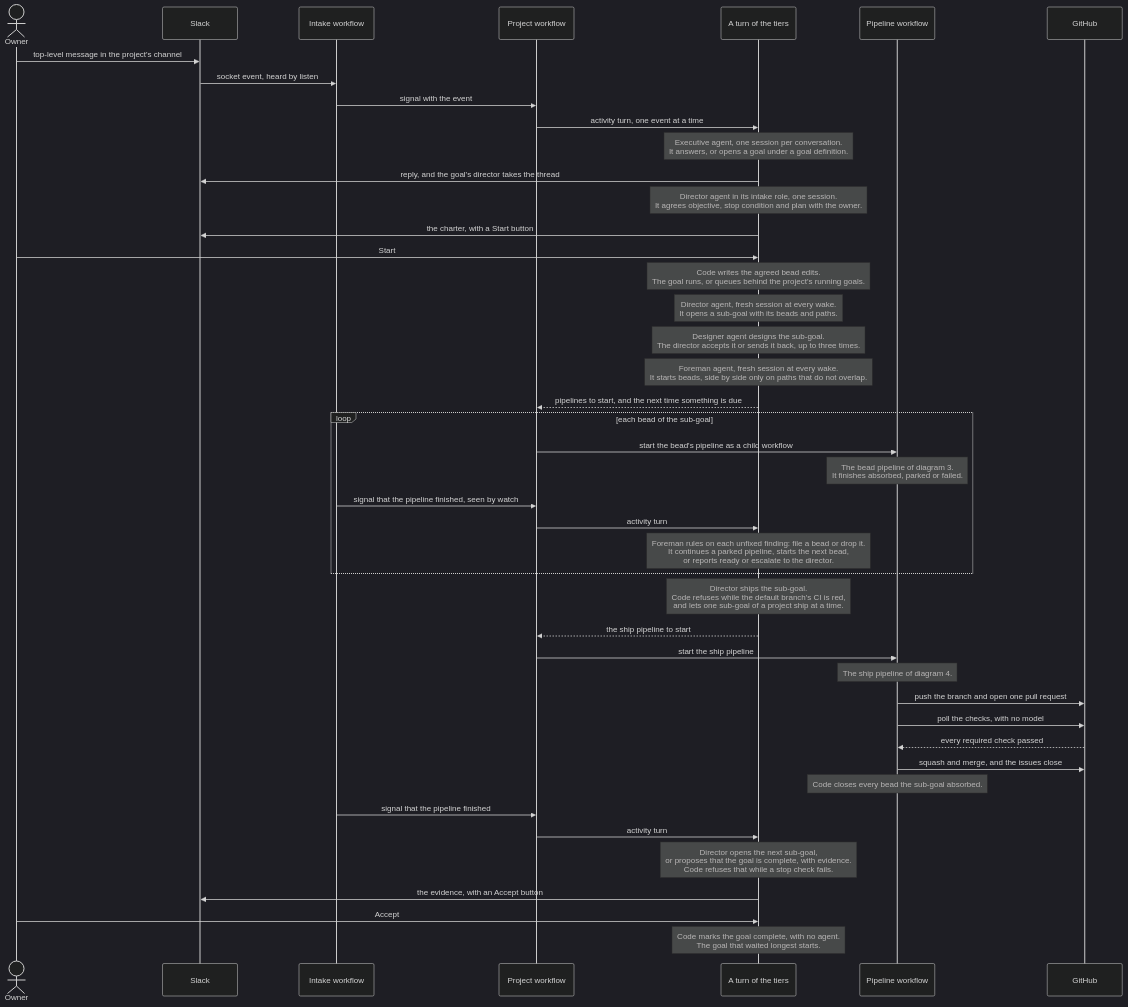
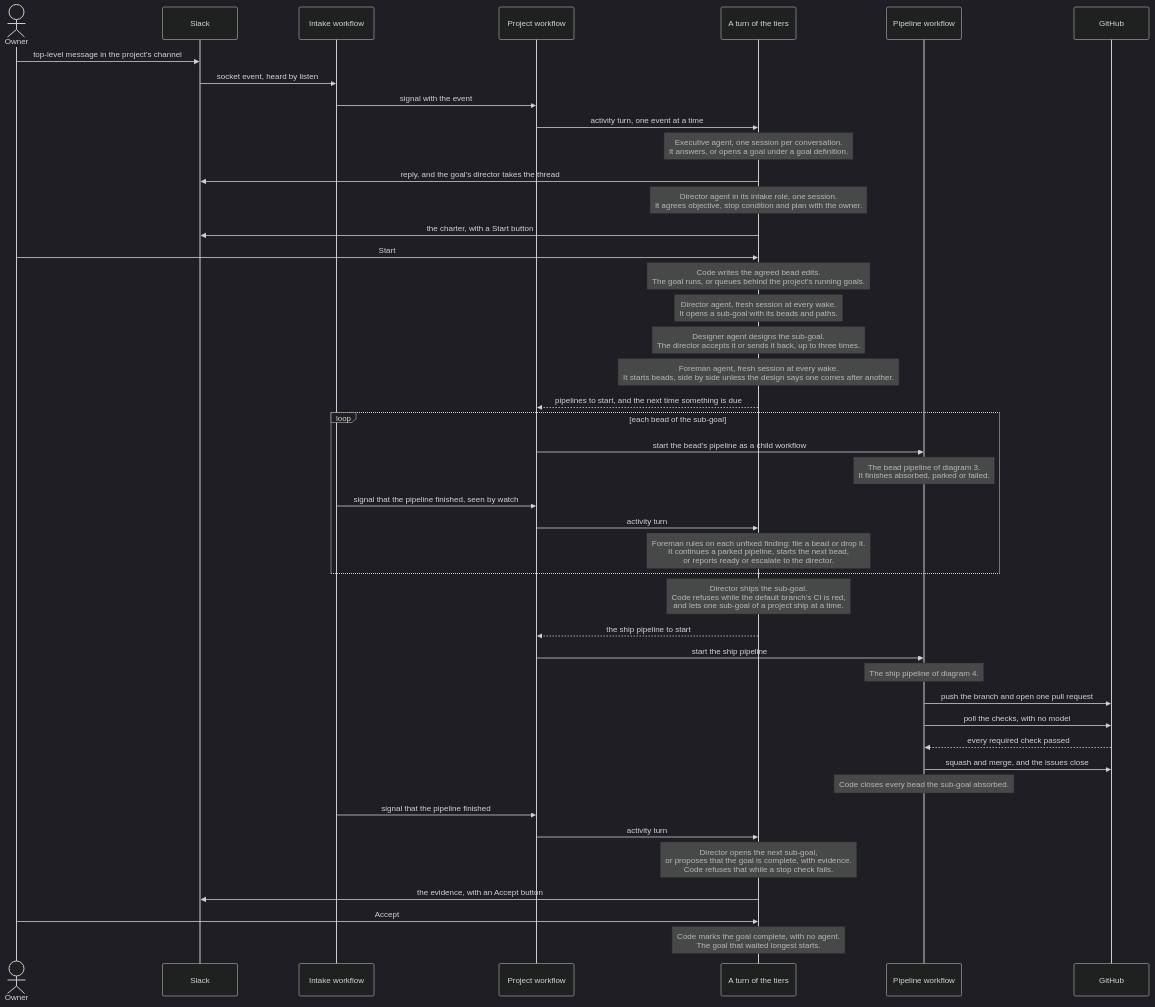
Before and after one commit to mikeacjones/software-factory: the second of 7 diagrams in docs/how-it-works.md, drawn with Mermaid (dark theme). The commit also changed 17 other files, not shown here.

````diff
--- a/docs/how-it-works.md
+++ b/docs/how-it-works.md
@@ -71,49 +71,49 @@
 ```mermaid
 sequenceDiagram
     actor Owner
     participant Slack
     participant Intake as Intake workflow
     participant Project as Project workflow
     participant Tiers as A turn of the tiers
     participant Pipe as Pipeline workflow
     participant GH as GitHub
 
     Owner->>Slack: top-level message in the project's channel
     Slack->>Intake: socket event, heard by listen
     Intake->>Project: signal with the event
     Project->>Tiers: activity turn, one event at a time
     Note over Tiers: Executive agent, one session per conversation.<br/>It answers, or opens a goal under a goal definition.
     Tiers->>Slack: reply, and the goal's director takes the thread
     Note over Tiers: Director agent in its intake role, one session.<br/>It agrees objective, stop condition and plan with the owner.
     Tiers->>Slack: the charter, with a Start button
     Owner->>Tiers: Start
     Note over Tiers: Code writes the agreed bead edits.<br/>The goal runs, or queues behind the project's running goals.
     Note over Tiers: Director agent, fresh session at every wake.<br/>It opens a sub-goal with its beads and paths.
     Note over Tiers: Designer agent designs the sub-goal.<br/>The director accepts it or sends it back, up to three times.
-    Note over Tiers: Foreman agent, fresh session at every wake.<br/>It starts beads, side by side only on paths that do not overlap.
+    Note over Tiers: Foreman agent, fresh session at every wake.<br/>It starts beads, side by side unless the design says one comes after another.
     Tiers-->>Project: pipelines to start, and the next time something is due
 
     loop each bead of the sub-goal
         Project->>Pipe: start the bead's pipeline as a child workflow
         Note over Pipe: The bead pipeline of diagram 3.<br/>It finishes absorbed, parked or failed.
         Intake->>Project: signal that the pipeline finished, seen by watch
         Project->>Tiers: activity turn
         Note over Tiers: Foreman rules on each unfixed finding: file a bead or drop it.<br/>It continues a parked pipeline, starts the next bead,<br/>or reports ready or escalate to the director.
     end
 
     Note over Tiers: Director ships the sub-goal.<br/>Code refuses while the default branch's CI is red,<br/>and lets one sub-goal of a project ship at a time.
     Tiers-->>Project: the ship pipeline to start
     Project->>Pipe: start the ship pipeline
     Note over Pipe: The ship pipeline of diagram 4.
     Pipe->>GH: push the branch and open one pull request
     Pipe->>GH: poll the checks, with no model
     GH-->>Pipe: every required check passed
     Pipe->>GH: squash and merge, and the issues close
     Note over Pipe: Code closes every bead the sub-goal absorbed.
     Intake->>Project: signal that the pipeline finished
     Project->>Tiers: activity turn
     Note over Tiers: Director opens the next sub-goal,<br/>or proposes that the goal is complete, with evidence.<br/>Code refuses that while a stop check fails.
     Tiers->>Slack: the evidence, with an Accept button
     Owner->>Tiers: Accept
     Note over Tiers: Code marks the goal complete, with no agent.<br/>The goal that waited longest starts.
 ```
````
